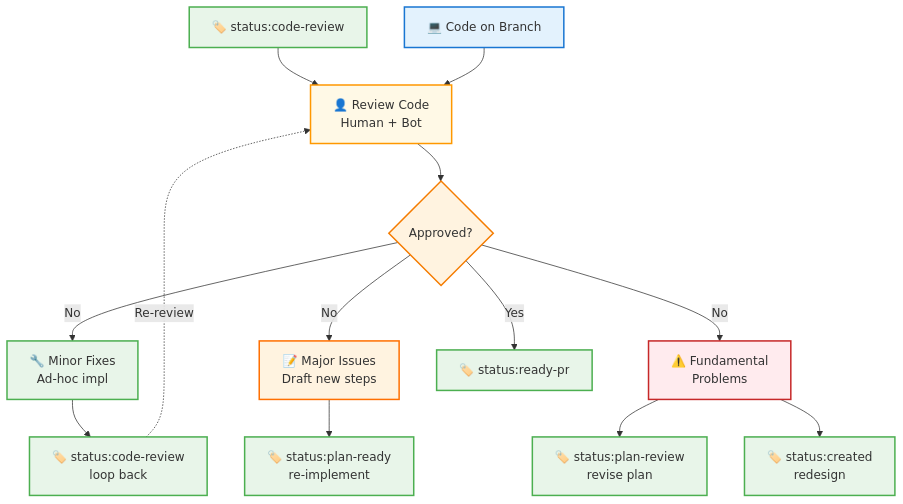
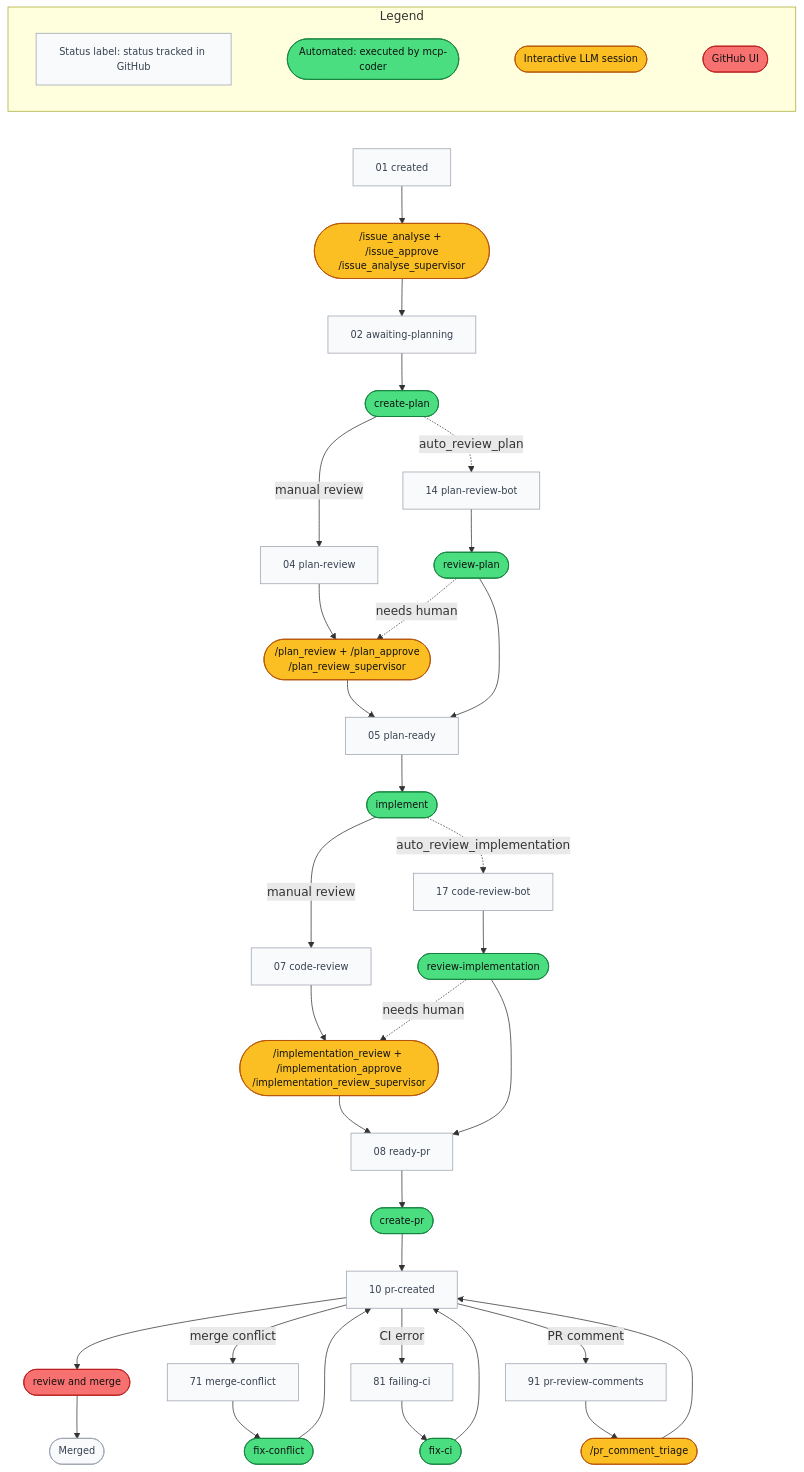
The diagram in docs/processes-prompts/development-process.md (MarcusJellinghaus/mcp_coder), drawn with Mermaid before and after one commit. The commit also changed other lines of this file and 23 other files, not shown here.

First line of the commit message:
docs: rework process documentation (overview, per-process docs, label matrix) (#1302)

````diff
--- a/docs/processes-prompts/development-process.md
+++ b/docs/processes-prompts/development-process.md
@@ -737,58 +7,67 @@
 ```mermaid
 flowchart TD
-    Input1["🏷️ status:code-review"]
-    Input2["💻 Code on Branch"]
-    Process["👤 Review Code<br/>Human + Bot"]
-    Decision{"Approved?"}
-    
-    %% Three decision paths
-    MinorFix["🔧 Minor Fixes<br/>Ad-hoc impl"]
-    MajorIssue["📝 Major Issues<br/>Draft new steps"]
-    Fundamental["⚠️ Fundamental<br/>Problems"]
-    
-    %% Target statuses
-    StayReview["🏷️ status:code-review<br/>loop back"]
-    ToPlanReady["🏷️ status:plan-ready<br/>re-implement"]
-    ToPlanReview["🏷️ status:plan-review<br/>revise plan"]
-    ToCreated["🏷️ status:created<br/>redesign"]
-    Output["🏷️ status:ready-pr"]
-    
-    Input1 --> Process
-    Input2 --> Process
-    Process --> Decision
-    
-    %% Approved path
-    Decision -->|"Yes"| Output
-    
-    %% Not approved - three paths
-    Decision -->|"No"| MinorFix
-    Decision -->|"No"| MajorIssue
-    Decision -->|"No"| Fundamental
-    
-    %% Minor fixes loop back to code review
-    MinorFix --> StayReview
-    StayReview -.->|"Re-review"| Process
-    
-    %% Major issues go to plan-ready
-    MajorIssue --> ToPlanReady
-    
-    %% Fundamental problems go to plan-review or created
-    Fundamental --> ToPlanReview
-    Fundamental --> ToCreated
-    
-    classDef status fill:#e8f5e9,stroke:#4caf50,stroke-width:2px
-    classDef artifact fill:#e3f2fd,stroke:#1976d2,stroke-width:2px
-    classDef process fill:#fff9e6,stroke:#ff9800,stroke-width:2px
-    classDef decision fill:#fff3e0,stroke:#f57c00,stroke-width:2px
-    classDef pathMinor fill:#e8f5e9,stroke:#4caf50,stroke-width:2px
-    classDef pathMajor fill:#fff3e0,stroke:#ff6f00,stroke-width:2px
-    classDef pathFundamental fill:#ffebee,stroke:#c62828,stroke-width:2px
-    
-    class Input1,StayReview,ToPlanReady,ToPlanReview,ToCreated,Output status
-    class Input2 artifact
-    class Process process
-    class Decision decision
-    class MinorFix pathMinor
-    class MajorIssue pathMajor
-    class Fundamental pathFundamental
+    subgraph Legend
+        direction LR
+        L4["Status label: status tracked in GitHub"]
+        L3(["Automated: executed by mcp-coder"])
+        L2(["Interactive LLM session"])
+        L1(["GitHub UI"])
+        L4 ~~~ L3 ~~~ L2 ~~~ L1
+    end
+    Legend ~~~ S01
+
+    S01["01 created"]
+    H1(["/issue_analyse + /issue_approve<br/>/issue_analyse_supervisor"])
+    S02["02 awaiting-planning"]
+    A2(["create-plan"])
+    S04["04 plan-review"]
+    H3(["/plan_review + /plan_approve<br/>/plan_review_supervisor"])
+    S05["05 plan-ready"]
+    A4(["implement"])
+    S07["07 code-review"]
+    H5(["/implementation_review + /implementation_approve<br/>/implementation_review_supervisor"])
+    S08["08 ready-pr"]
+    A6(["create-pr"])
+    S10["10 pr-created"]
+    H7(["review and merge"])
+    M(["Merged"])
+
+    S14["14 plan-review-bot"]
+    A8(["review-plan"])
+    S17["17 code-review-bot"]
+    A9(["review-implementation"])
+
+    S71["71 merge-conflict"]
+    S81["81 failing-ci"]
+    S91["91 pr-review-comments"]
+    F1(["fix-conflict"])
+    F2(["fix-ci"])
+    F3(["/pr_comment_triage"])
+
+    S01 --> H1 --> S02 --> A2
+
+    A2 -->|"manual review"| S04 --> H3 --> S05
+    A2 -.->|"auto_review_plan"| S14 --> A8 --> S05
+    A8 -.->|"needs human"| H3
+
+    S05 --> A4
+
+    A4 -->|"manual review"| S07 --> H5 --> S08
+    A4 -.->|"auto_review_implementation"| S17 --> A9 --> S08
+    A9 -.->|"needs human"| H5
+
+    S08 --> A6 --> S10 --> H7 --> M
+
+    S10 -->|"merge conflict"| S71 --> F1 --> S10
+    S10 -->|"CI error"| S81 --> F2 --> S10
+    S10 -->|"PR comment"| S91 --> F3 --> S10
+
+    classDef state fill:#f9fafb,stroke:#9ca3af,color:#374151,font-size:13px
+    classDef actHuman fill:#f87171,stroke:#b91c1c,color:#111,font-size:13px
+    classDef actSupervisor fill:#fbbf24,stroke:#b45309,color:#111,font-size:13px
+    classDef actAuto fill:#4ade80,stroke:#15803d,color:#111,font-size:13px
+    class S01,S02,S04,S05,S07,S08,S10,S14,S17,S71,S81,S91,M,L4 state
+    class H7,L1 actHuman
+    class H1,H3,H5,F3,L2 actSupervisor
+    class A2,A4,A6,A8,A9,F1,F2,L3 actAuto
 ```
````
